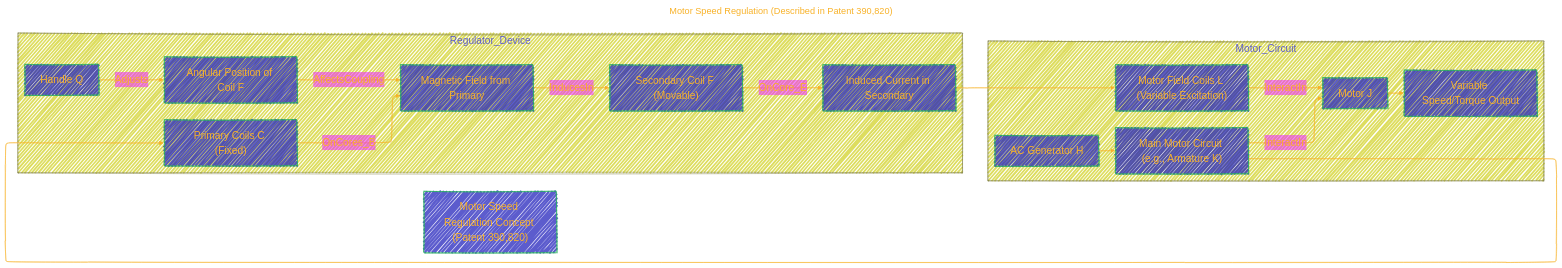
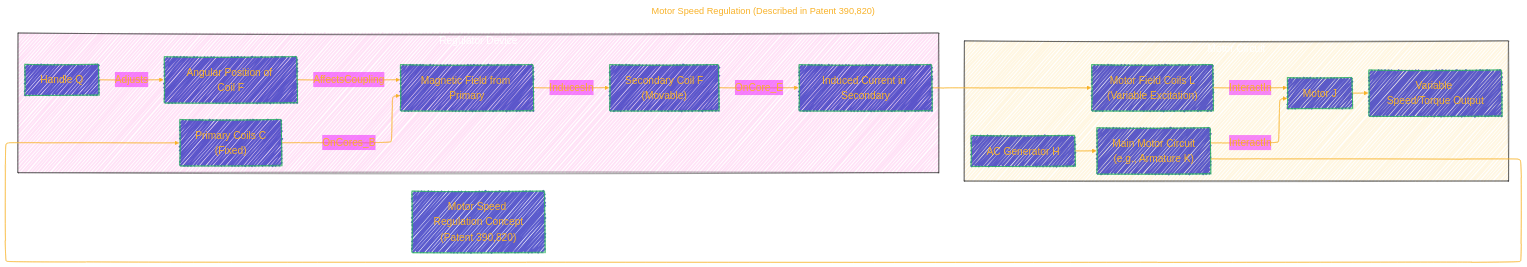
The tenth of 14 diagrams in BOOK_Transmission_of_Power_POLYPHASE_SYSTEM_Tesla_patents/BOOK_Transmission_of_Power_POLYPHASE_SYSTEM_Tesla_patents.md (CongLeSolutionX/Nikola_Tesla), drawn with Mermaid before and after one commit. The commit also changed other lines of this file, not shown here.

````diff
--- a/BOOK_Transmission_of_Power_POLYPHASE_SYSTEM_Tesla_patents/BOOK_Transmission_of_Power_POLYPHASE_SYSTEM_Tesla_patents.md
+++ b/BOOK_Transmission_of_Power_POLYPHASE_SYSTEM_Tesla_patents/BOOK_Transmission_of_Power_POLYPHASE_SYSTEM_Tesla_patents.md
@@ -628,49 +646,52 @@
 ```mermaid
 ---
 title: "Motor Speed Regulation (Described in Patent 390,820)"
 author: "Cong Le"
 version: "1.0"
 license(s): "MIT, CC BY-SA 4.0"
 copyright: "Copyright (c) 2025 Cong Le. All Rights Reserved."
 config:
   layout: elk
   theme: base
   look: handDrawn
 ---
 %%%%%%%% Mermaid version v11.4.1-b.14
 %%%%%%%% Available curve styles include the following keywords:
 %% basis, bumpX, bumpY, cardinal, catmullRom, linear, monotoneX, monotoneY, natural, step, stepAfter, stepBefore.
 %%{
   init: {
     'flowchart': { 'htmlLabels': true, 'curve': 'basis' },
     'fontFamily': 'American Typewriter, monospace',
     'logLevel': 'fatal',
     'themeVariables': {
       'primaryColor': '#22BB',
       'primaryTextColor': '#F8B229',
       'lineColor': '#F8B229',
       'primaryBorderColor': '#27AE60',
       'secondaryColor': '#E2F1',
       'secondaryTextColor': '#6C3483',
       'secondaryBorderColor': '#A569BD',
       'fontSize': '20px'
     }
   }
 }%%
 flowchart LR
-    subgraph Regulator_Device
-        PrimaryCoils_C["Primary Coils C (Fixed)"] -- OnCores_B --> MagField1["Magnetic Field from Primary"];
-        SecondaryCoil_F["Secondary Coil F (Movable)"] -- OnCore_E --> InducedCurrent["Induced Current in Secondary"];
-        Handle_Q["Handle Q"] -- Adjusts --> SecondaryCoil_F_Position["Angular Position of Coil F"];
-        SecondaryCoil_F_Position -- AffectsCoupling --> MagField1;
-        MagField1 -- InducesIn --> SecondaryCoil_F;
+    subgraph Regulator_Device["Regulator Device"]
+    style Regulator_Device fill:#F2B2,stroke:#333,stroke-width:1px, color: #FFFF
+        PrimaryCoils_C["Primary Coils C<br/>(Fixed)"] -- OnCores_B --> MagField1["Magnetic Field from Primary"]
+        SecondaryCoil_F["Secondary Coil F<br/>(Movable)"] -- OnCore_E --> InducedCurrent["Induced Current in Secondary"]
+        Handle_Q["Handle Q"] -- Adjusts --> SecondaryCoil_F_Position["Angular Position of Coil F"]
+        SecondaryCoil_F_Position -- AffectsCoupling --> MagField1
+        MagField1 -- InducesIn --> SecondaryCoil_F
     end
-    subgraph Motor_Circuit
-        AC_Generator_H["AC Generator H"] --> MainCircuit["Main Motor Circuit (e.g., Armature K)"];
-        MainCircuit --> PrimaryCoils_C;
-        InducedCurrent --> MotorField_L["Motor Field Coils L (Variable Excitation)"];
-        MotorField_L & MainCircuit -- InteractIn --> Motor_J["Motor J"];
-        Motor_J --> SpeedTorque["Variable Speed/Torque Output"];
+
+    subgraph Motor_Circuit["Motor Circuit"]
+    style Motor_Circuit fill:#FB22,stroke:#333,stroke-width:1px, color: #FFFF
+        AC_Generator_H["AC Generator H"] --> MainCircuit["Main Motor Circuit<br/>(e.g., Armature K)"]
+        MainCircuit --> PrimaryCoils_C
+        InducedCurrent --> MotorField_L["Motor Field Coils L<br/>(Variable Excitation)"]
+        MotorField_L & MainCircuit -- InteractIn --> Motor_J["Motor J"]
+        Motor_J --> SpeedTorque["Variable Speed/Torque Output"]
     end
-    Title6["Motor Speed Regulation Concept (Patent 390,820)"]
+    Title6["Motor Speed Regulation Concept<br/>(Patent 390,820)"]
 ```
````
